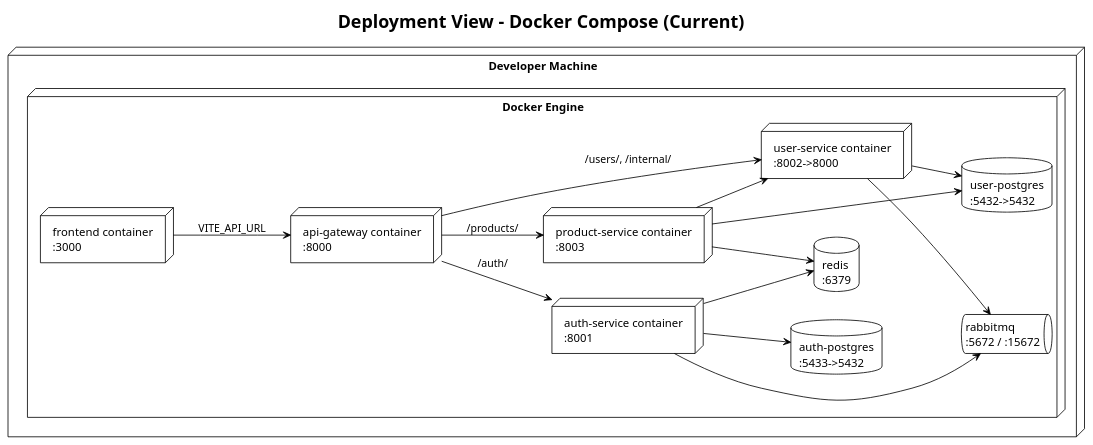
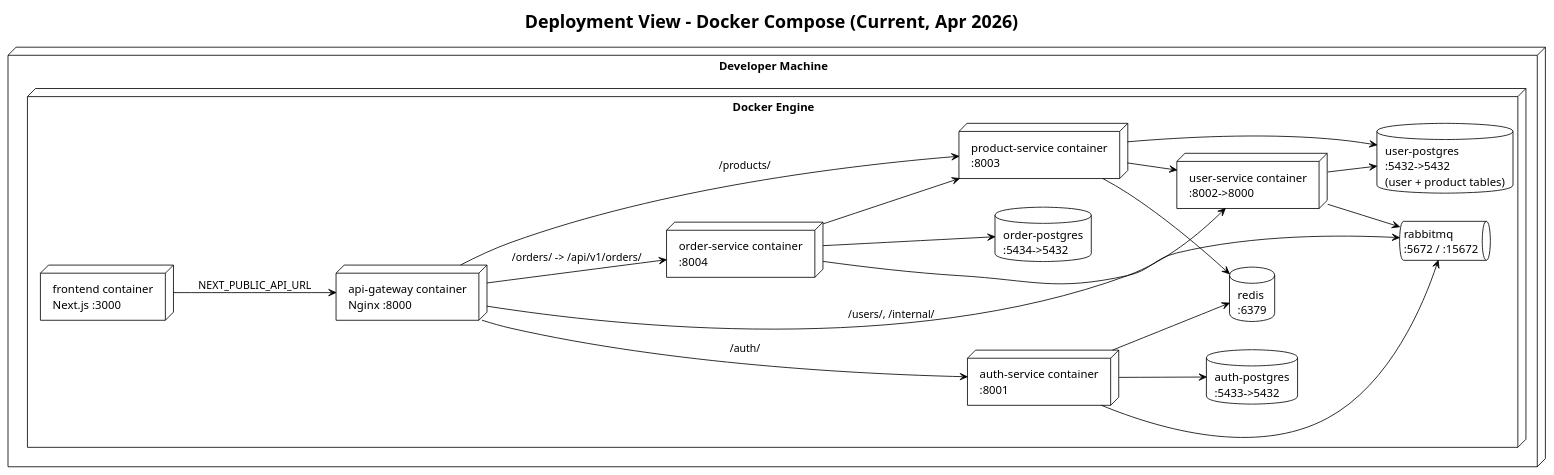
The diagram in docs/architecture/Deployment_Current.puml (jpastor1649/ecommerce-project), drawn with PlantUML before and after one commit. The commit also changed 11 other files, not shown here.

Commit message:
updated docs with diagrams

```diff
--- a/docs/architecture/Deployment_Current.puml
+++ b/docs/architecture/Deployment_Current.puml
@@ -1,40 +1,47 @@
 @startuml
 !theme plain
 skinparam shadowing false
 left to right direction
 
-title Deployment View - Docker Compose (Current)
+title Deployment View - Docker Compose (Current, Apr 2026)
 
 node "Developer Machine" {
   node "Docker Engine" {
-    node "frontend container\n:3000" as Frontend
-    node "api-gateway container\n:8000" as Gateway
+    node "frontend container\nNext.js :3000" as Frontend
+    node "api-gateway container\nNginx :8000" as Gateway
 
     node "auth-service container\n:8001" as Auth
     node "user-service container\n:8002->8000" as UserService
     node "product-service container\n:8003" as Product
+    node "order-service container\n:8004" as Order
 
     database "auth-postgres\n:5433->5432" as AuthDB
-    database "user-postgres\n:5432->5432" as UserDB
+    database "user-postgres\n:5432->5432\n(user + product tables)" as UserDB
+    database "order-postgres\n:5434->5432" as OrderDB
     database "redis\n:6379" as Redis
     queue "rabbitmq\n:5672 / :15672" as MQ
   }
 }
 
-Frontend --> Gateway : VITE_API_URL
+Frontend --> Gateway : NEXT_PUBLIC_API_URL
 Gateway --> Auth : /auth/
 Gateway --> UserService : /users/, /internal/
 Gateway --> Product : /products/
+Gateway --> Order : /orders/ -> /api/v1/orders/
 
 Auth --> AuthDB
 Auth --> Redis
 Auth --> MQ
 
 UserService --> UserDB
 UserService --> MQ
 
 Product --> UserDB
 Product --> Redis
 Product --> UserService
 
+Order --> OrderDB
+Order --> Product
+Order --> MQ
+
 @enduml
```
